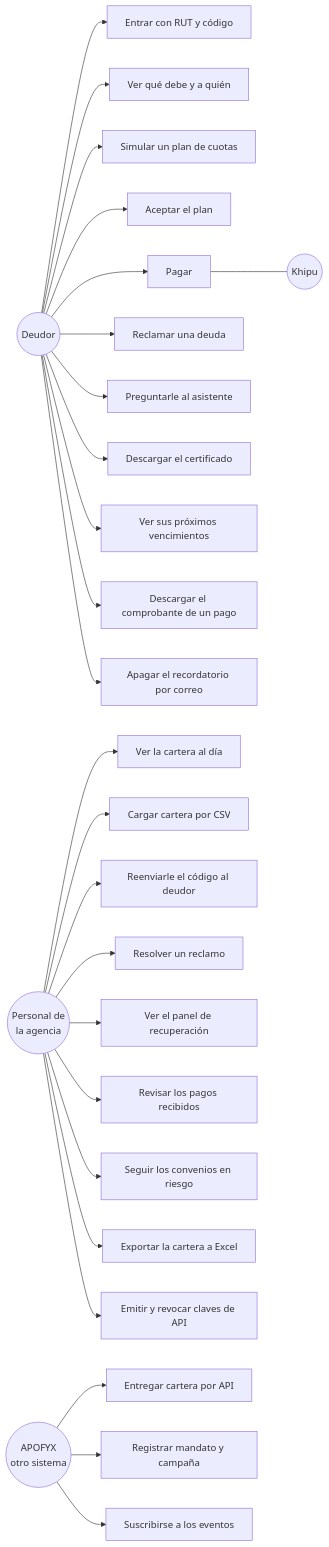
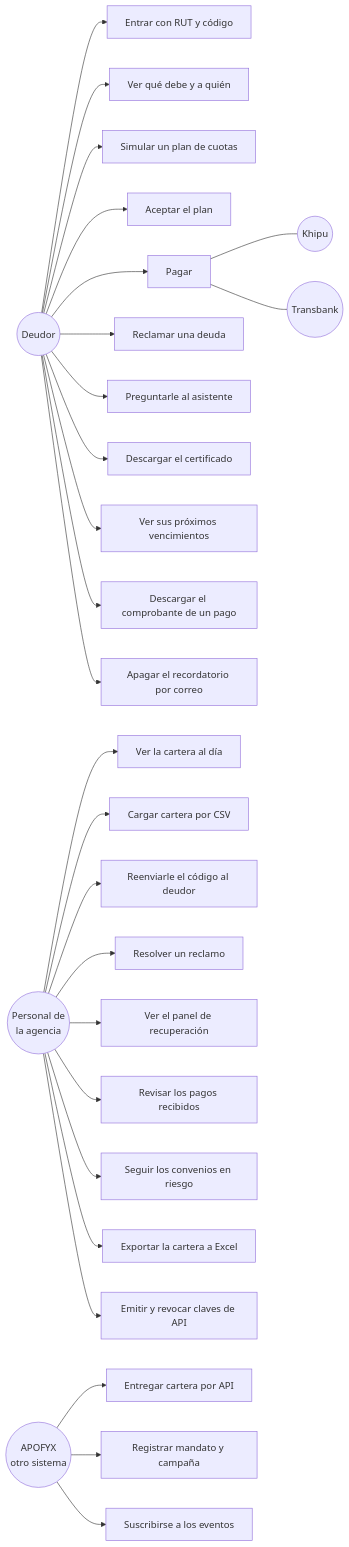
Before and after one commit to Martin6k/TB_web: the fifth of 7 diagrams in README.md, drawn with Mermaid. The commit also changed other lines of this file and 26 other files, not shown here.

````diff
--- a/README.md
+++ b/README.md
@@ -561,34 +585,36 @@
 ```mermaid
 flowchart LR
     DEU(("Deudor"))
     EMP(("Personal de<br/>la agencia"))
     SIS(("APOFYX<br/>otro sistema"))
     KHP(("Khipu"))
+    TBK(("Transbank"))
 
     DEU --> U1["Entrar con RUT y código"]
     DEU --> U2["Ver qué debe y a quién"]
     DEU --> U3["Simular un plan de cuotas"]
     DEU --> U4["Aceptar el plan"]
     DEU --> U5["Pagar"]
     DEU --> U22["Reclamar una deuda"]
     DEU --> U6["Preguntarle al asistente"]
     DEU --> U7["Descargar el certificado"]
     DEU --> U15["Ver sus próximos vencimientos"]
     DEU --> U16["Descargar el comprobante de un pago"]
     DEU --> U17["Apagar el recordatorio por correo"]
     U5 --- KHP
+    U5 --- TBK
 
     EMP --> U8["Ver la cartera al día"]
     EMP --> U9["Cargar cartera por CSV"]
     EMP --> U10["Reenviarle el código al deudor"]
     EMP --> U23["Resolver un reclamo"]
     EMP --> U11["Ver el panel de recuperación"]
     EMP --> U18["Revisar los pagos recibidos"]
     EMP --> U19["Seguir los convenios en riesgo"]
     EMP --> U20["Exportar la cartera a Excel"]
     EMP --> U21["Emitir y revocar claves de API"]
 
     SIS --> U12["Entregar cartera por API"]
     SIS --> U13["Registrar mandato y campaña"]
     SIS --> U14["Suscribirse a los eventos"]
 ```
````
